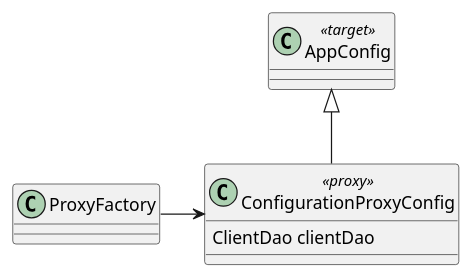
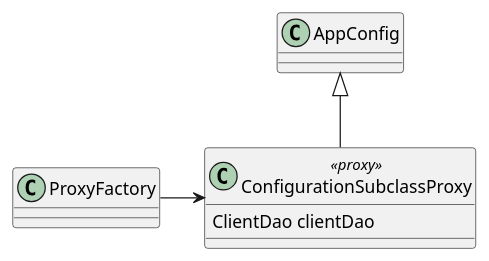
The diagram in container/quiz2/orig07/src/main/java/org/interventure/configuration/subclass/subclass-configuration.puml (interventure-growingtogether/spring-certification), drawn with PlantUML before and after one commit. The commit also changed 6 other files, not shown here.

```diff
--- a/container/quiz2/orig07/src/main/java/org/interventure/configuration/subclass/subclass-configuration.puml
+++ b/container/quiz2/orig07/src/main/java/org/interventure/configuration/subclass/subclass-configuration.puml
@@ -1,11 +1,11 @@
 @startuml
 
-class t as "AppConfig"<<target>>
-class  p as "ConfigurationProxyConfig"<<proxy>> {
+class t as "AppConfig"
+class  p as "ConfigurationSubclassProxy"<<proxy>> {
   ClientDao clientDao
 }
 class c as "ProxyFactory"
 
 t <|-- p
 c -right-> p
 @enduml
```
